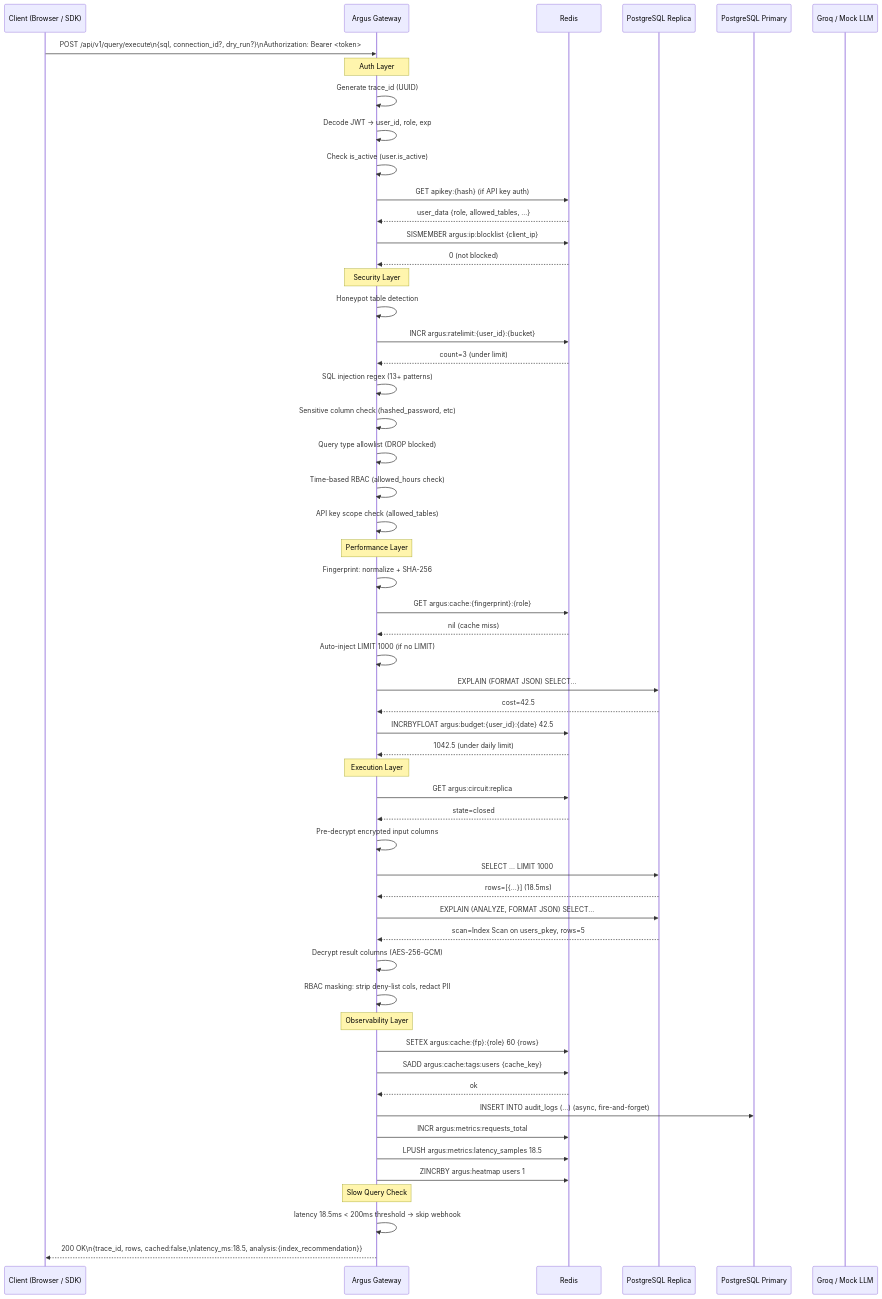
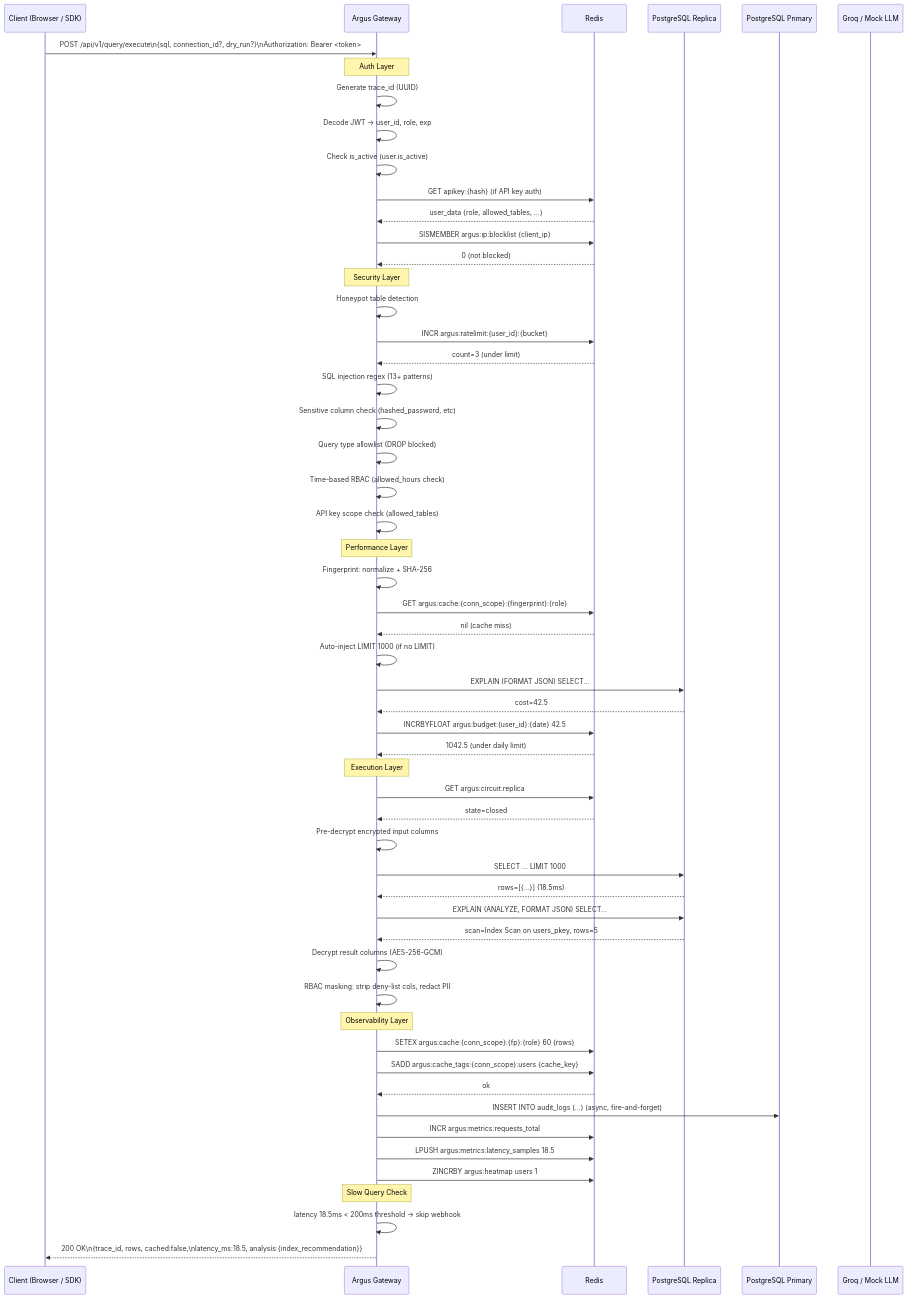
One commit to mmaroof487/SIQG changed the first of 4 diagrams in docs/diagram/querysequence.md. Above: the diagram before and after it, drawn with Mermaid. The commit also changed other lines of this file and 40 other files, not shown here.

Commit message:
feat: complete UI and intelligence architecture implementation

````diff
--- a/docs/diagram/querysequence.md
+++ b/docs/diagram/querysequence.md
@@ -13,65 +13,65 @@
 ```mermaid
 sequenceDiagram
     participant C as Client (Browser / SDK)
     participant G as Argus Gateway
     participant R as Redis
     participant PGr as PostgreSQL Replica
     participant PGw as PostgreSQL Primary
     participant LLM as Groq / Mock LLM
 
     C->>G: POST /api/v1/query/execute\n{sql, connection_id?, dry_run?}\nAuthorization: Bearer <token>
 
     Note over G: Auth Layer
     G->>G: Generate trace_id (UUID)
     G->>G: Decode JWT → user_id, role, exp
     G->>G: Check is_active (user.is_active)
     G->>R: GET apikey:{hash} (if API key auth)
     R-->>G: user_data {role, allowed_tables, ...}
     G->>R: SISMEMBER argus:ip:blocklist {client_ip}
     R-->>G: 0 (not blocked)
 
     Note over G: Security Layer
     G->>G: Honeypot table detection
     G->>R: INCR argus:ratelimit:{user_id}:{bucket}
     R-->>G: count=3 (under limit)
     G->>G: SQL injection regex (13+ patterns)
     G->>G: Sensitive column check (hashed_password, etc)
     G->>G: Query type allowlist (DROP blocked)
     G->>G: Time-based RBAC (allowed_hours check)
     G->>G: API key scope check (allowed_tables)
 
     Note over G: Performance Layer
     G->>G: Fingerprint: normalize + SHA-256
-    G->>R: GET argus:cache:{fingerprint}:{role}
+    G->>R: GET argus:cache:{conn_scope}:{fingerprint}:{role}
     R-->>G: nil (cache miss)
     G->>G: Auto-inject LIMIT 1000 (if no LIMIT)
     G->>PGr: EXPLAIN (FORMAT JSON) SELECT...
     PGr-->>G: cost=42.5
     G->>R: INCRBYFLOAT argus:budget:{user_id}:{date} 42.5
     R-->>G: 1042.5 (under daily limit)
 
     Note over G: Execution Layer
     G->>R: GET argus:circuit:replica
     R-->>G: state=closed
     G->>G: Pre-decrypt encrypted input columns
     G->>PGr: SELECT ... LIMIT 1000
     PGr-->>G: rows=[{...}] (18.5ms)
     G->>PGr: EXPLAIN (ANALYZE, FORMAT JSON) SELECT...
     PGr-->>G: scan=Index Scan on users_pkey, rows=5
     G->>G: Decrypt result columns (AES-256-GCM)
     G->>G: RBAC masking: strip deny-list cols, redact PII
 
     Note over G: Observability Layer
-    G->>R: SETEX argus:cache:{fp}:{role} 60 {rows}
-    G->>R: SADD argus:cache:tags:users {cache_key}
+    G->>R: SETEX argus:cache:{conn_scope}:{fp}:{role} 60 {rows}
+    G->>R: SADD argus:cache_tags:{conn_scope}:users {cache_key}
     R-->>G: ok
     G->>PGw: INSERT INTO audit_logs (...) (async, fire-and-forget)
     G->>R: INCR argus:metrics:requests_total
     G->>R: LPUSH argus:metrics:latency_samples 18.5
     G->>R: ZINCRBY argus:heatmap users 1
 
     Note over G: Slow Query Check
     G->>G: latency 18.5ms < 200ms threshold → skip webhook
 
     G-->>C: 200 OK\n{trace_id, rows, cached:false,\nlatency_ms:18.5, analysis:{index_recommendation}}
 ```
````
